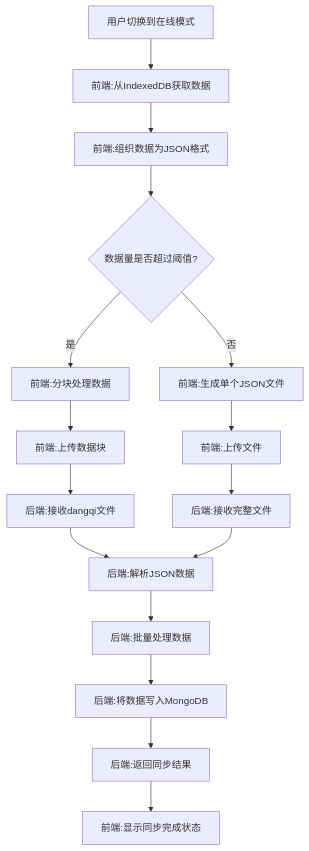
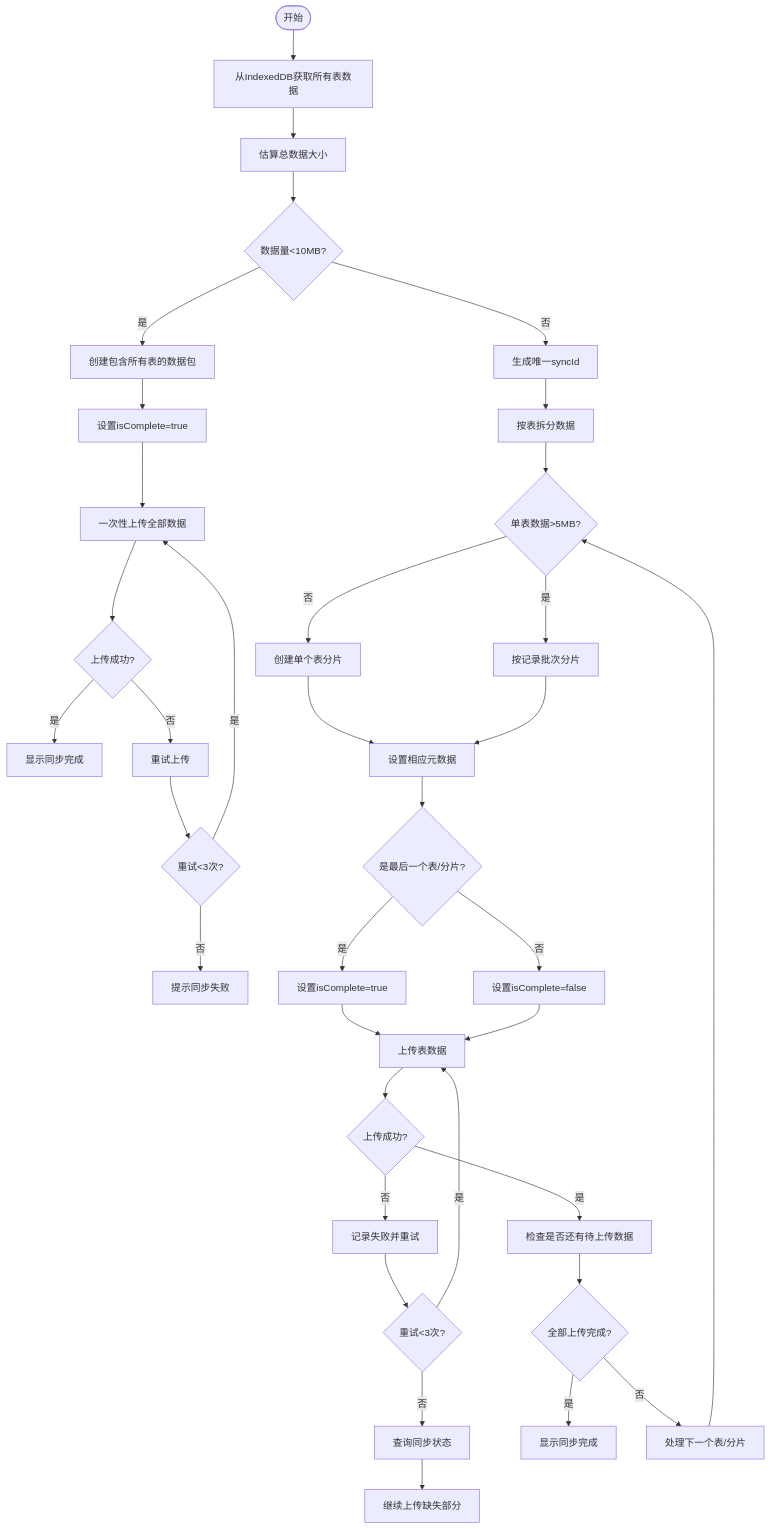
The diagram in all/未命名-60.md (yingjianzh/iodraw-files), drawn with Mermaid before and after one commit.

Commit message:
2025-05-15 10:03:13 update

````diff
--- a/all/未命名-60.md
+++ b/all/未命名-60.md
@@ -1,21 +1,44 @@
 ```mermaid
 
 flowchart TD
-    A[用户切换到在线模式] --> B[前端:从IndexedDB获取数据]
-    B --> C[前端:组织数据为JSON格式]
-    C --> D{数据量是否超过阈值?}
-    D -->|是| E[前端:分块处理数据]
-    D -->|否| F[前端:生成单个JSON文件]
-    E --> G[前端:上传数据块]
-    F --> H[前端:上传文件]
-    G --> I[后端:接收dangqi文件]
-    H --> J[后端:接收完整文件]
-    I --> K[后端:解析JSON数据]
-    J --> K
-    K --> L[后端:批量处理数据]
-    L --> M[后端:将数据写入MongoDB]
-    M --> N[后端:返回同步结果]
-    N --> O[前端:显示同步完成状态]
-
+    A([开始]) -->E[从IndexedDB获取所有表数据]
+    E --> F[估算总数据大小]
+    F --> G{数据量<10MB?}
+    
+    %% 小数据量处理流程
+    G -->|是| H[创建包含所有表的数据包]
+    H --> I[设置isComplete=true]
+    I --> J[一次性上传全部数据]
+    J --> K{上传成功?}
+    K -->|是| L[显示同步完成]
+    K -->|否| M[重试上传]
+    M --> N{重试<3次?}
+    N -->|是| J
+    N -->|否| O[提示同步失败]
+    
+    %% 中大数据量处理流程
+    G -->|否| P[生成唯一syncId]
+    P --> Q[按表拆分数据]
+    Q --> R{单表数据>5MB?}
+    R -->|否| S[创建单个表分片]
+    R -->|是| T[按记录批次分片]
+    S --> U[设置相应元数据]
+    T --> U
+    U --> V{是最后一个表/分片?}
+    V -->|是| W[设置isComplete=true]
+    V -->|否| X[设置isComplete=false]
+    W --> Y[上传表数据]
+    X --> Y
+    Y --> Z{上传成功?}
+    Z -->|是| AA[检查是否还有待上传数据]
+    Z -->|否| AB[记录失败并重试]
+    AB --> AC{重试<3次?}
+    AC -->|是| Y
+    AC -->|否| AD[查询同步状态]
+    AD --> AE[继续上传缺失部分]
+    AA --> AF{全部上传完成?}
+    AF -->|是| AG[显示同步完成]
+    AF -->|否| AH[处理下一个表/分片]
+    AH --> R
 
 ```
````
